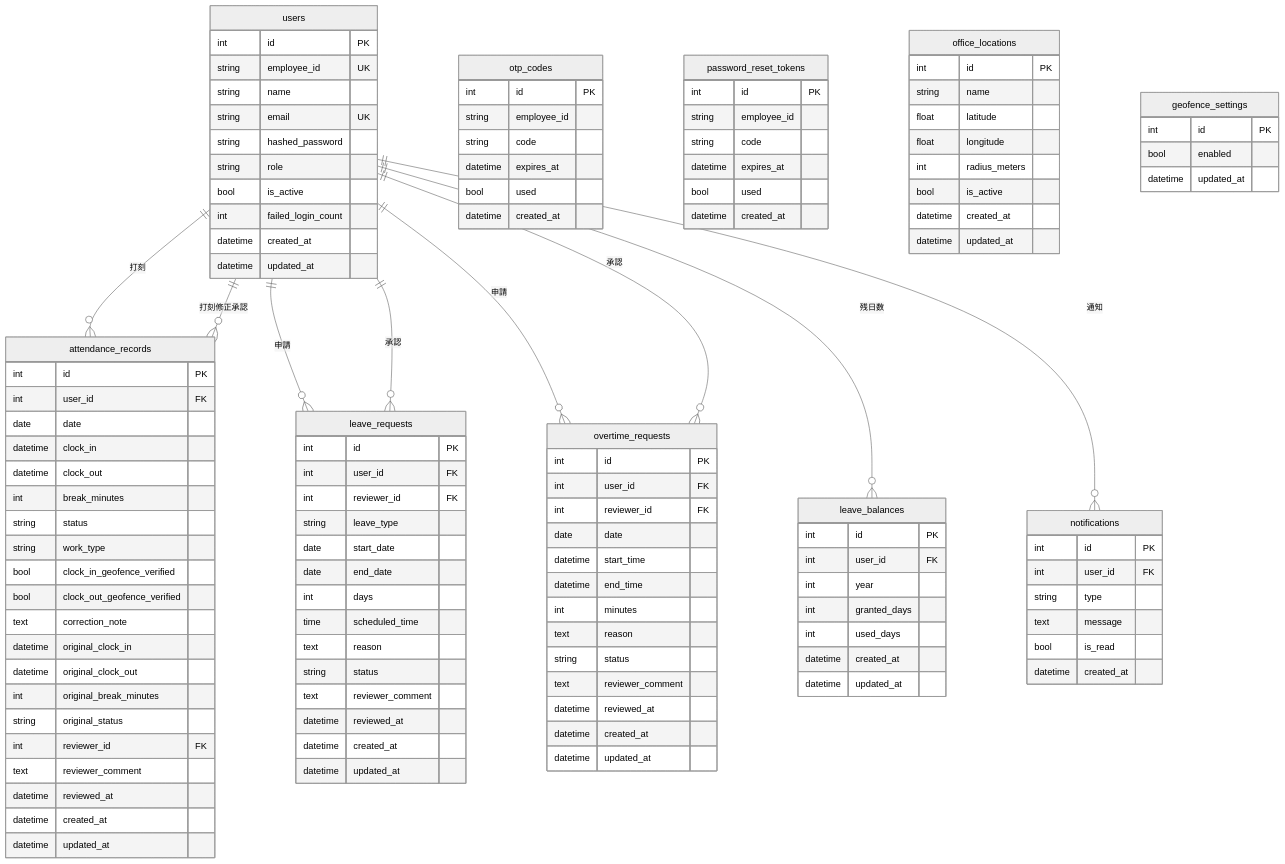
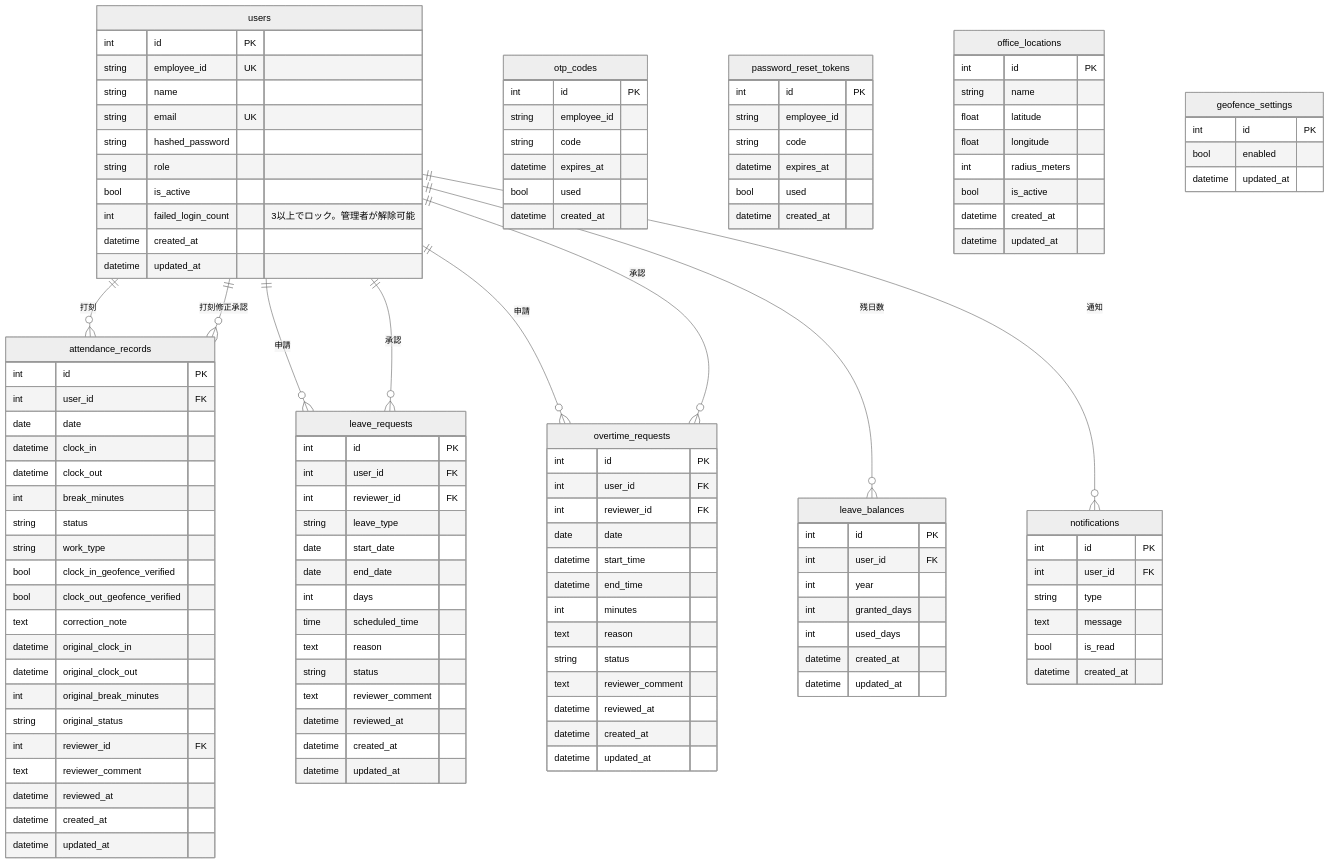
Before and after one commit to akki-secure/AttendEase: the second of 2 diagrams in README.md, drawn with Mermaid (neutral theme). The commit also changed other lines of this file, not shown here.

Commit message:
docs: READMEの画面遷移図・E-R図にアカウントロック解除機能を追記する
管理者によるロック解除機能の追加に合わせて、ユーザー管理画面のノードに
解除機能があることを明記し、failed_login_countフィールドにロック条件と
解除方法の説明を追加した。

```diff
--- a/README.md
+++ b/README.md
@@ -519,7 +519,7 @@
     string hashed_password
     string role
     bool is_active
-    int failed_login_count
+    int failed_login_count "3以上でロック。管理者が解除可能"
     datetime created_at
     datetime updated_at
   }
```
